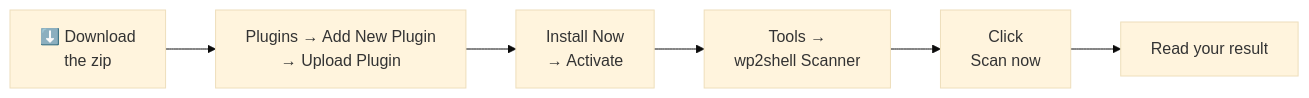
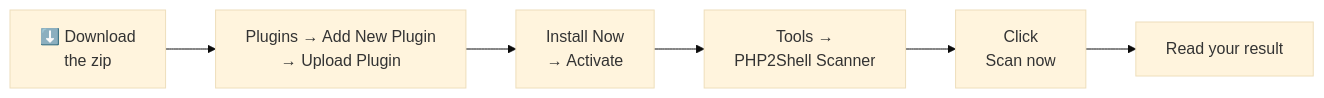
The fourth of 14 diagrams in README.md (CptNope/JAT-Shell-Scanner), drawn with Mermaid (base theme) before and after one commit. The commit also changed other lines of this file and 20 other files, not shown here.

````diff
--- a/README.md
+++ b/README.md
@@ -113,8 +166,8 @@
 ```mermaid
 flowchart LR
     A["⬇️ Download<br/>the zip"] --> B["Plugins → Add New Plugin<br/>→ Upload Plugin"]
     B --> C["Install Now<br/>→ Activate"]
-    C --> D["Tools →<br/>wp2shell Scanner"]
+    C --> D["Tools →<br/>PHP2Shell Scanner"]
     D --> E["Click<br/>Scan now"]
     E --> F["Read your result"]
 ```
````
